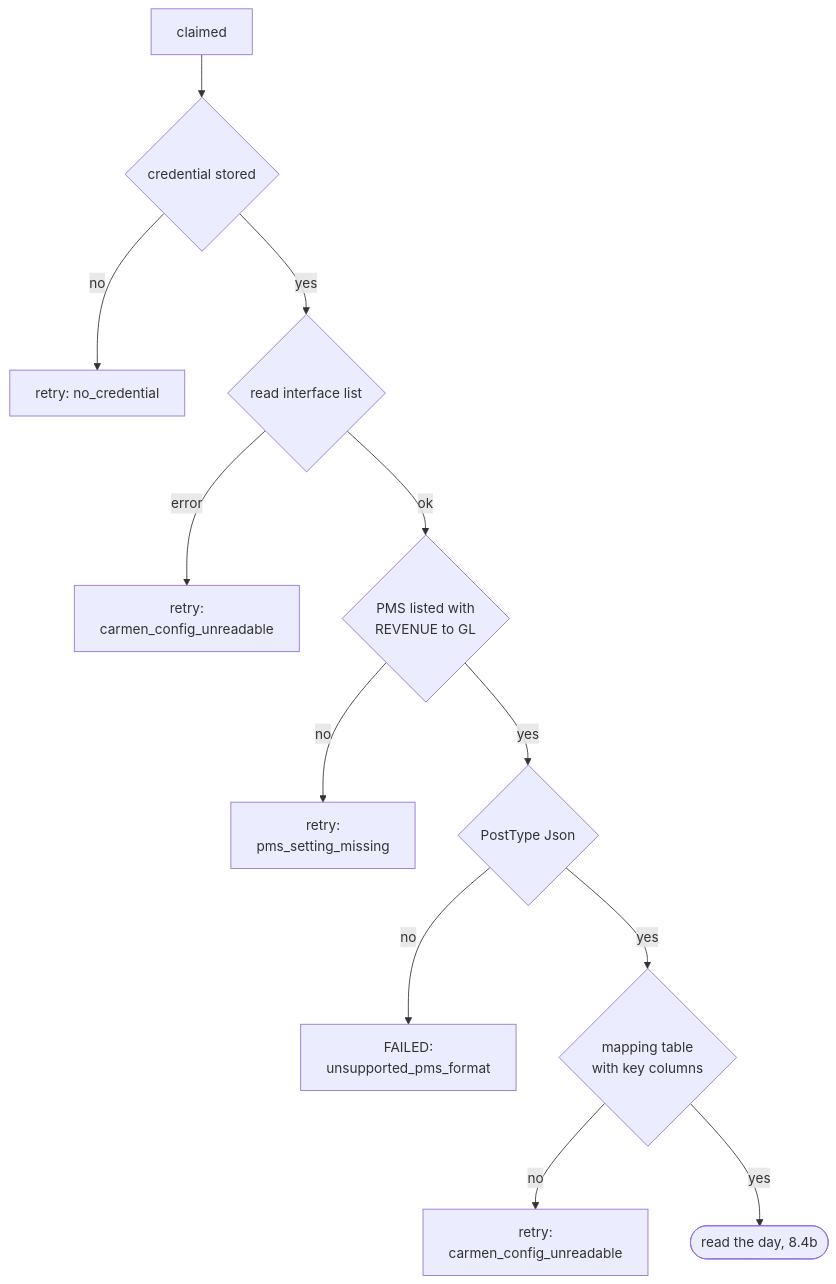
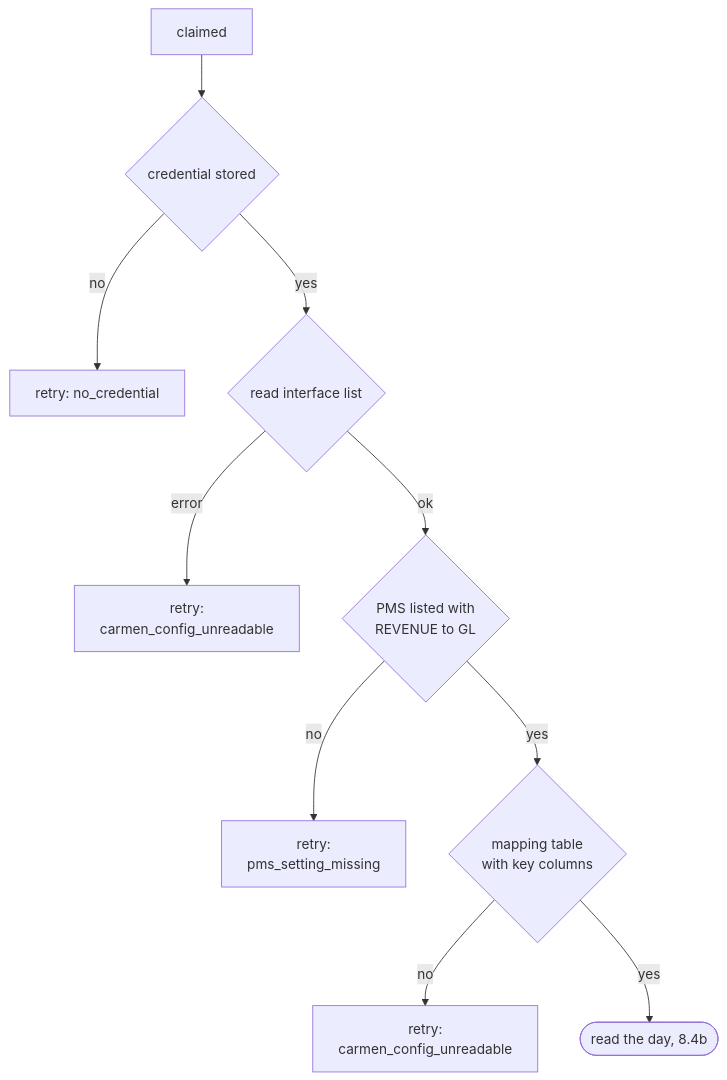
The seventh of 10 diagrams in docs/frd/FRD-11-pms-interface.md (developer-carmensoftware/OCR), drawn with Mermaid before and after one commit. The commit also changed other lines of this file and 2 other files, not shown here.

First line of the commit message:
docs(pms): FRD-11 v1.4, RS-07 v0.2, TR v0.2 follow decision-log #52–#54

````diff
--- a/docs/frd/FRD-11-pms-interface.md
+++ b/docs/frd/FRD-11-pms-interface.md
@@ -361,14 +377,12 @@
 ```mermaid 8.4a | Before the day is read — Carmen's interface list and mapping table
 flowchart TB
     A[claimed] --> B{credential stored}
     B -->|no| R1[retry: no_credential]
     B -->|yes| C{read interface list}
     C -->|error| R2[retry:<br/>carmen_config_unreadable]
     C -->|ok| D{PMS listed with<br/>REVENUE to GL}
     D -->|no| R3[retry:<br/>pms_setting_missing]
-    D -->|yes| E{PostType Json}
-    E -->|no| F1[FAILED:<br/>unsupported_pms_format]
-    E -->|yes| M{mapping table<br/>with key columns}
-    M -->|no| R6[retry:<br/>carmen_config_unreadable]
-    M -->|yes| N([read the day, 8.4b])
+    D -->|yes| E{mapping table<br/>with key columns}
+    E -->|no| R6[retry:<br/>carmen_config_unreadable]
+    E -->|yes| N([read the day, 8.4b])
 ```
````
